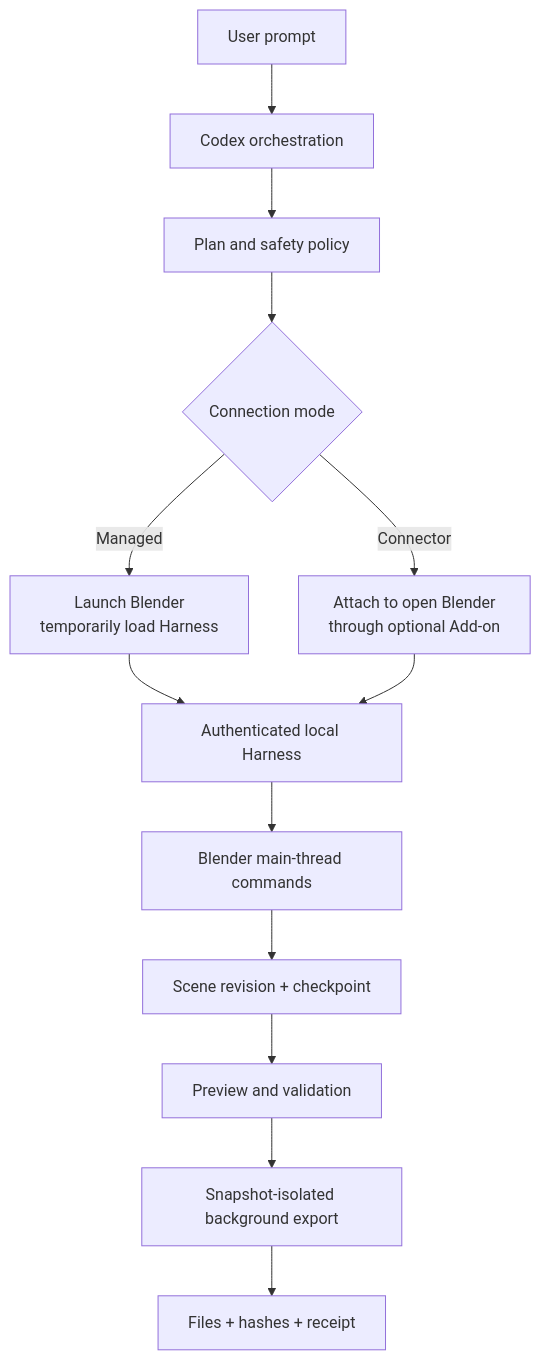
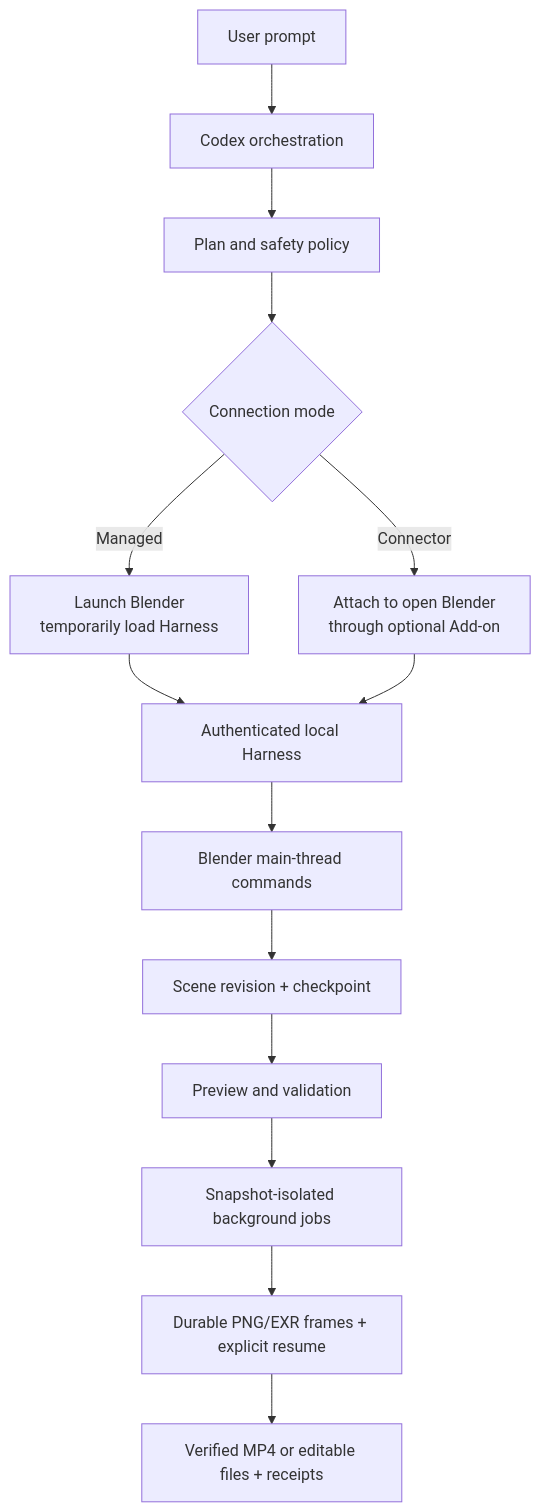
Before and after one commit to full-aigc-plugins/blender-design-plugin: the second of 2 diagrams in README.md, drawn with Mermaid. The commit also changed other lines of this file and 147 other files, not shown here.

````diff
--- a/README.md
+++ b/README.md
@@ -94,15 +94,16 @@
 ```mermaid
 flowchart TB
     U[User prompt] --> C[Codex orchestration]
     C --> P[Plan and safety policy]
     P --> M{Connection mode}
     M -->|Managed| MB[Launch Blender<br/>temporarily load Harness]
     M -->|Connector| CB[Attach to open Blender<br/>through optional Add-on]
     MB --> H[Authenticated local Harness]
     CB --> H
     H --> T[Blender main-thread commands]
     T --> S[Scene revision + checkpoint]
     S --> V[Preview and validation]
-    V --> J[Snapshot-isolated background export]
-    J --> R[Files + hashes + receipt]
+    V --> J[Snapshot-isolated background jobs]
+    J --> Q[Durable PNG/EXR frames + explicit resume]
+    Q --> R[Verified MP4 or editable files + receipts]
 ```
````
